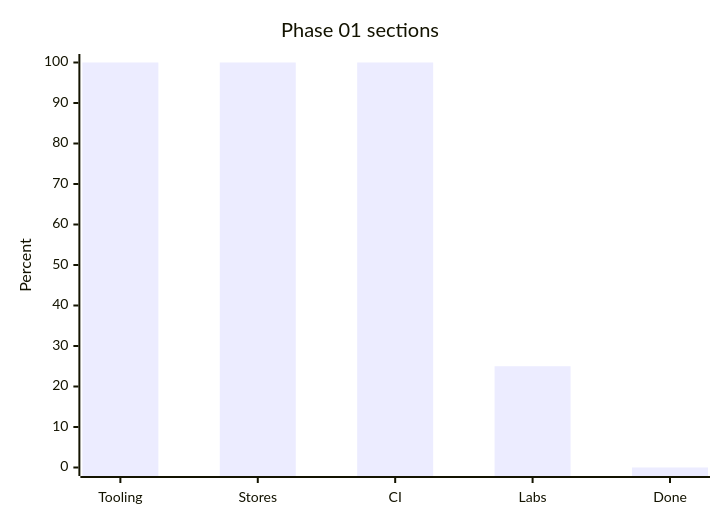
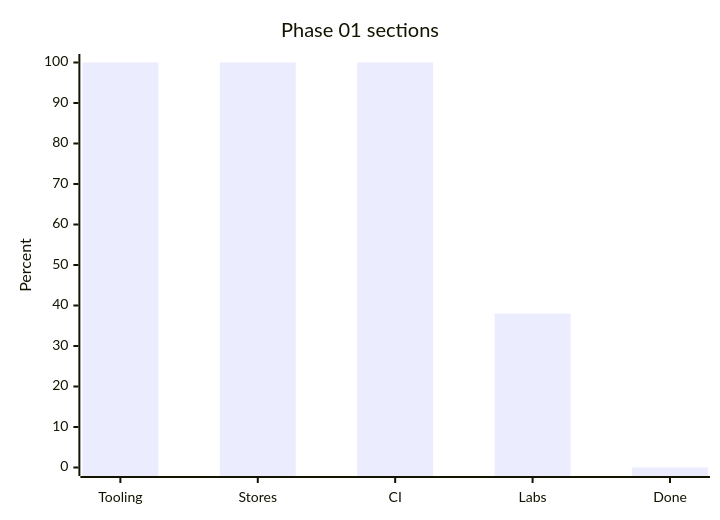
Before and after one commit to konradporeba/agents_learning: the third of 3 diagrams in learning_plan/PROGRESS.md, drawn with Mermaid. The commit also changed other lines of this file and 5 other files, not shown here.

````diff
--- a/learning_plan/PROGRESS.md
+++ b/learning_plan/PROGRESS.md
@@ -48,7 +48,7 @@
 ```mermaid
 xychart-beta
     title "Phase 01 sections"
     x-axis [Tooling, Stores, CI, Labs, Done]
     y-axis "Percent" 0 --> 100
-    bar [100, 100, 100, 25, 0]
+    bar [100, 100, 100, 38, 0]
 ```
````
